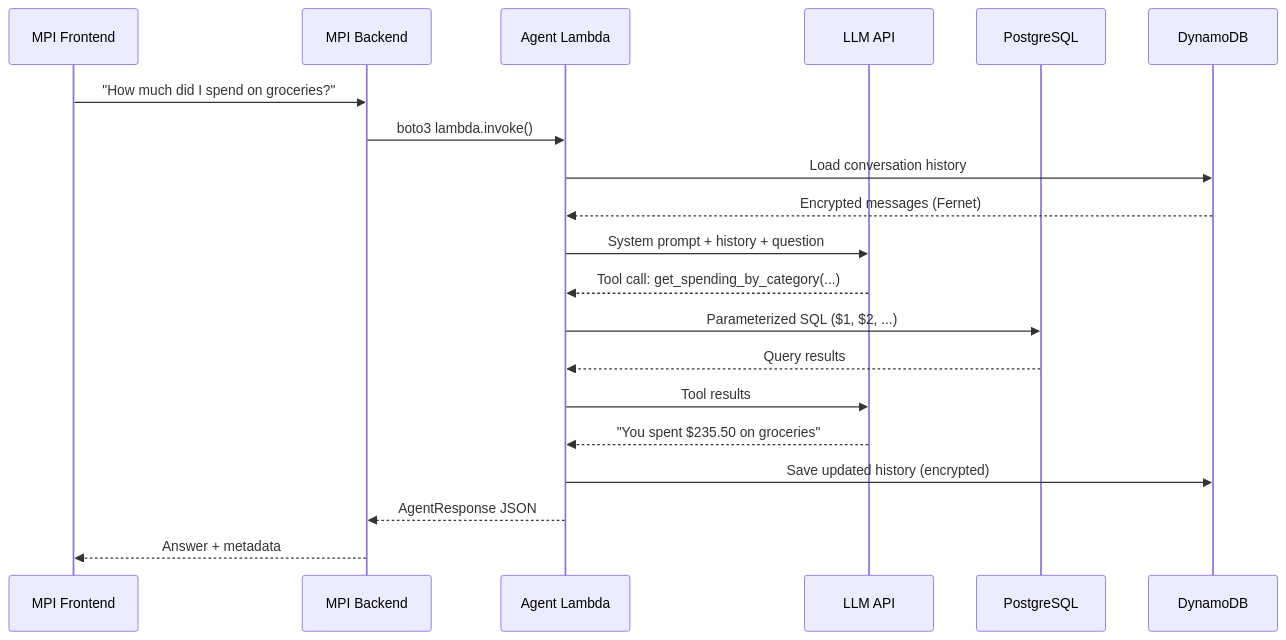
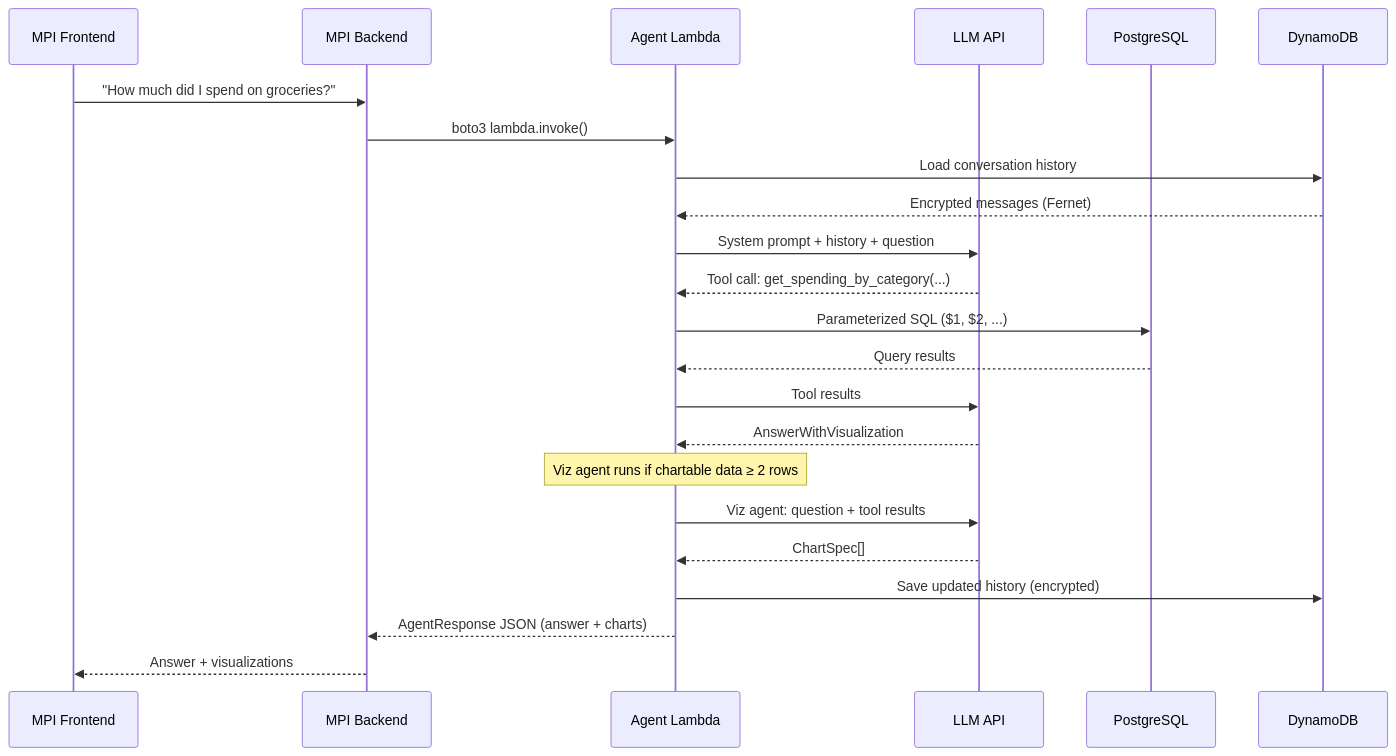
Before and after one commit to maxibove13/finance-query-agent: the second of 8 diagrams in README.md, drawn with Mermaid. The commit also changed other lines of this file, not shown here.

Commit message:
docs: update README with visualization agent and current architecture

````diff
--- a/README.md
+++ b/README.md
@@ -9,28 +46,32 @@
 ```mermaid
 sequenceDiagram
     participant Client as MPI Frontend
     participant Backend as MPI Backend
     participant Lambda as Agent Lambda
     participant LLM as LLM API
     participant PG as PostgreSQL
     participant Dynamo as DynamoDB
 
     Client->>Backend: "How much did I spend on groceries?"
     Backend->>Lambda: boto3 lambda.invoke()
 
     Lambda->>Dynamo: Load conversation history
     Dynamo-->>Lambda: Encrypted messages (Fernet)
 
     Lambda->>LLM: System prompt + history + question
     LLM-->>Lambda: Tool call: get_spending_by_category(...)
 
     Lambda->>PG: Parameterized SQL ($1, $2, ...)
     PG-->>Lambda: Query results
 
     Lambda->>LLM: Tool results
-    LLM-->>Lambda: "You spent $235.50 on groceries"
+    LLM-->>Lambda: AnswerWithVisualization
+
+    Note over Lambda: Viz agent runs if chartable data ≥ 2 rows
+    Lambda->>LLM: Viz agent: question + tool results
+    LLM-->>Lambda: ChartSpec[]
 
     Lambda->>Dynamo: Save updated history (encrypted)
-    Lambda-->>Backend: AgentResponse JSON
-    Backend-->>Client: Answer + metadata
+    Lambda-->>Backend: AgentResponse JSON (answer + charts)
+    Backend-->>Client: Answer + visualizations
 ```
````
